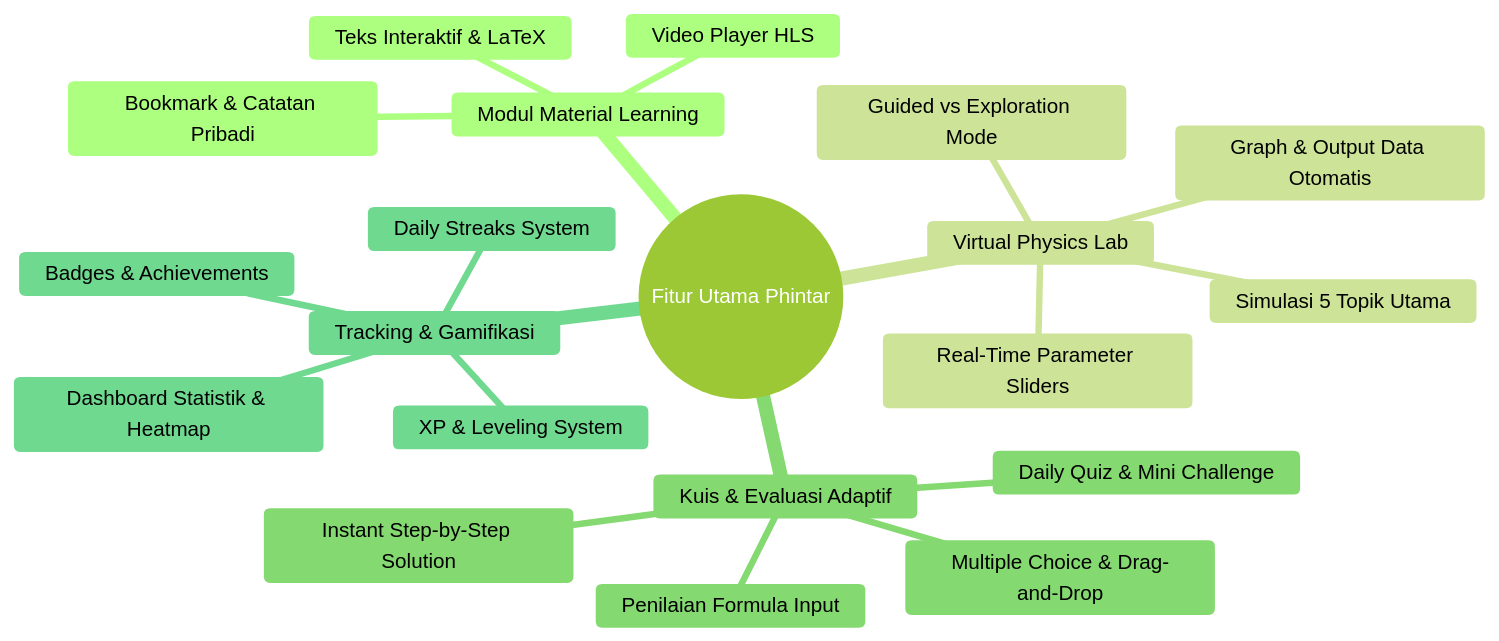
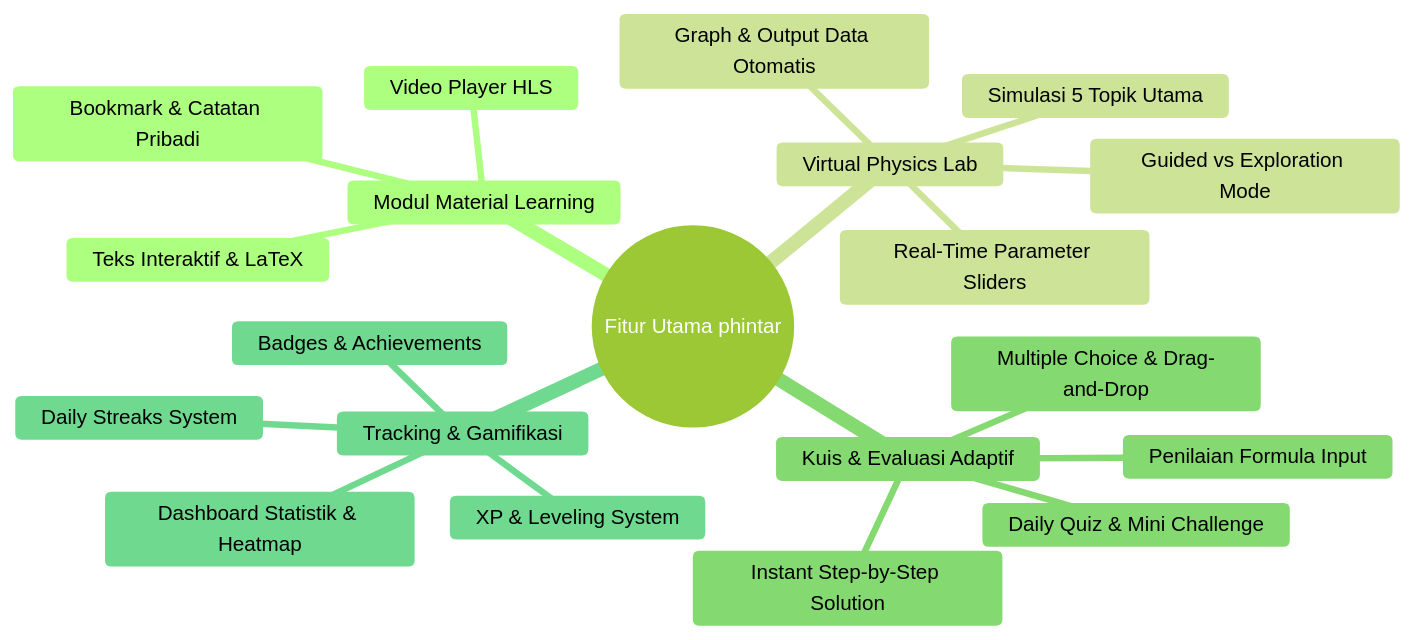
The first of 4 diagrams in implementation_plan.md (Ge3nnnn/Phintar), drawn with Mermaid (forest theme) before and after one commit. The commit also changed other lines of this file and 60 other files, not shown here.

````diff
--- a/implementation_plan.md
+++ b/implementation_plan.md
@@ -25,23 +25,23 @@
 ```mermaid
 mindmap
-  root((Fitur Utama Phintar))
+  root((Fitur Utama phintar))
     Modul Material Learning
       Teks Interaktif & LaTeX
       Video Player HLS
       Bookmark & Catatan Pribadi
     Virtual Physics Lab
       Simulasi 5 Topik Utama
       Real-Time Parameter Sliders
       Graph & Output Data Otomatis
       Guided vs Exploration Mode
     Kuis & Evaluasi Adaptif
       Multiple Choice & Drag-and-Drop
       Penilaian Formula Input
       Instant Step-by-Step Solution
       Daily Quiz & Mini Challenge
     Tracking & Gamifikasi
       Dashboard Statistik & Heatmap
       XP & Leveling System
       Badges & Achievements
       Daily Streaks System
 ```
````
